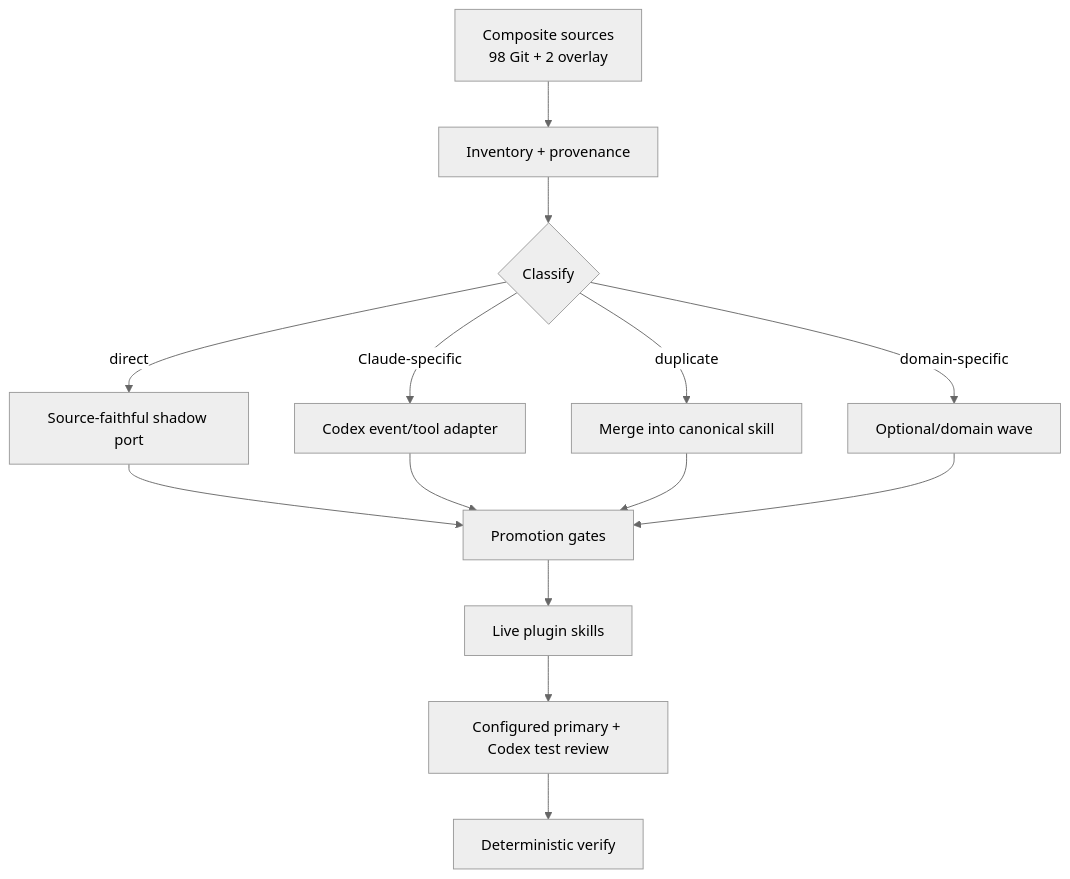
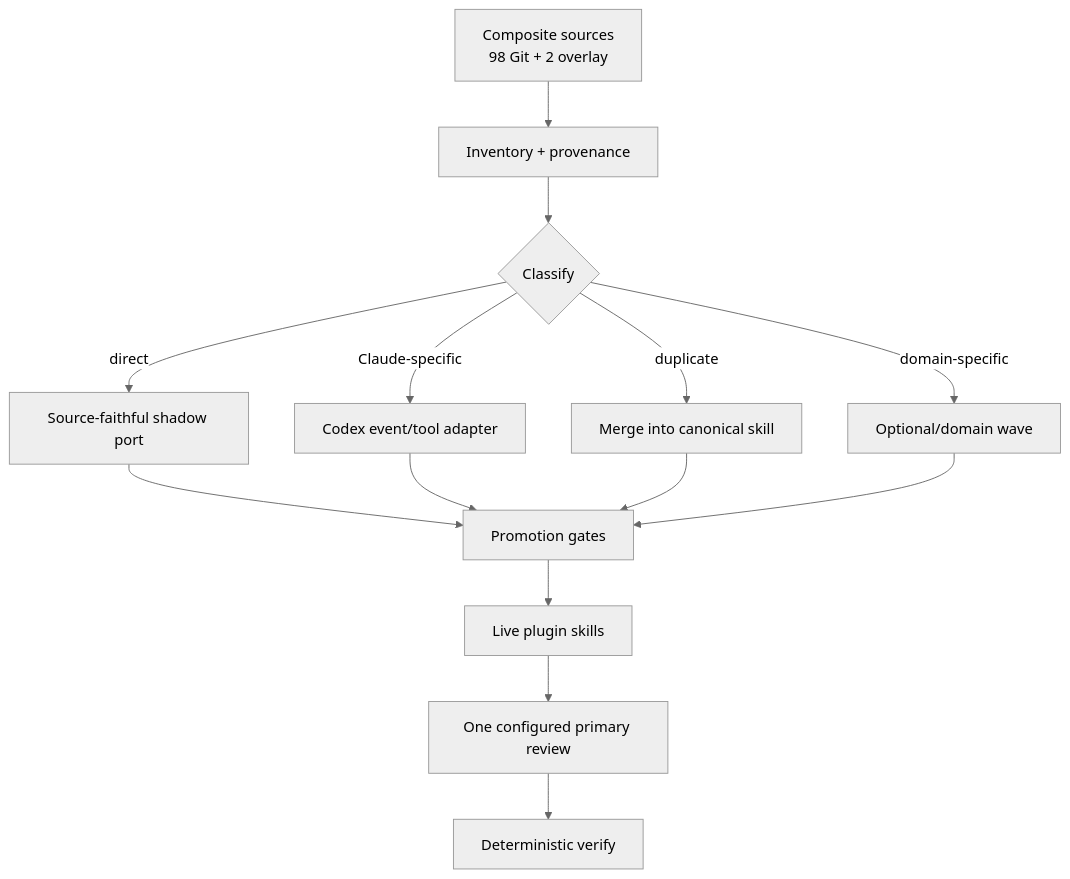
One commit to sd0xdev/sd0x-dev-flow-codex changed the second of 2 diagrams in docs/features/skill-toolkit-migration/2-tech-spec.md. Above: the diagram before and after it, drawn with Mermaid (neutral theme). The commit also changed other lines of this file and 124 other files, not shown here.

Commit message:
Complete single-primary review migration (#4)

````diff
--- a/docs/features/skill-toolkit-migration/2-tech-spec.md
+++ b/docs/features/skill-toolkit-migration/2-tech-spec.md
@@ -92,16 +92,16 @@
 ```mermaid
 flowchart TD
     S[Composite sources<br/>98 Git + 2 overlay] --> I[Inventory + provenance]
     I --> C{Classify}
     C -->|direct| P[Source-faithful shadow port]
     C -->|Claude-specific| A[Codex event/tool adapter]
     C -->|duplicate| M[Merge into canonical skill]
     C -->|domain-specific| O[Optional/domain wave]
     P --> G[Promotion gates]
     A --> G
     M --> G
     O --> G
     G --> L[Live plugin skills]
-    L --> R[Configured primary + Codex test review]
+    L --> R[One configured primary review]
     R --> V[Deterministic verify]
 ```
````
